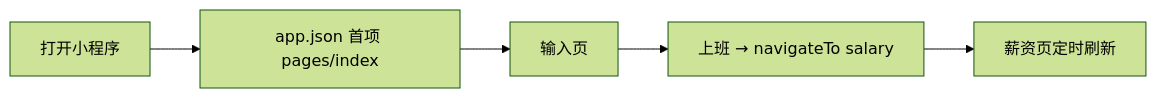
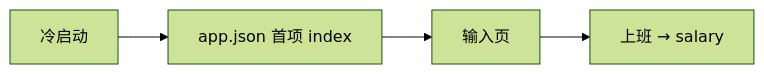
The first of 2 diagrams in main/代码阅读指南.md (ToneyAlessio/salary_count), drawn with Mermaid (forest theme) before and after one commit. The commit also changed other lines of this file and 21 other files, not shown here.

````diff
--- a/main/代码阅读指南.md
+++ b/main/代码阅读指南.md
@@ -70,7 +74,6 @@
 ```mermaid
 flowchart LR
-    A[打开小程序] --> B[app.json 首项 pages/index]
+    A[冷启动] --> B[app.json 首项 index]
     B --> C[输入页]
-    C --> D[上班 → navigateTo salary]
-    D --> E[薪资页定时刷新]
+    C --> D[上班 → salary]
 ```
````
